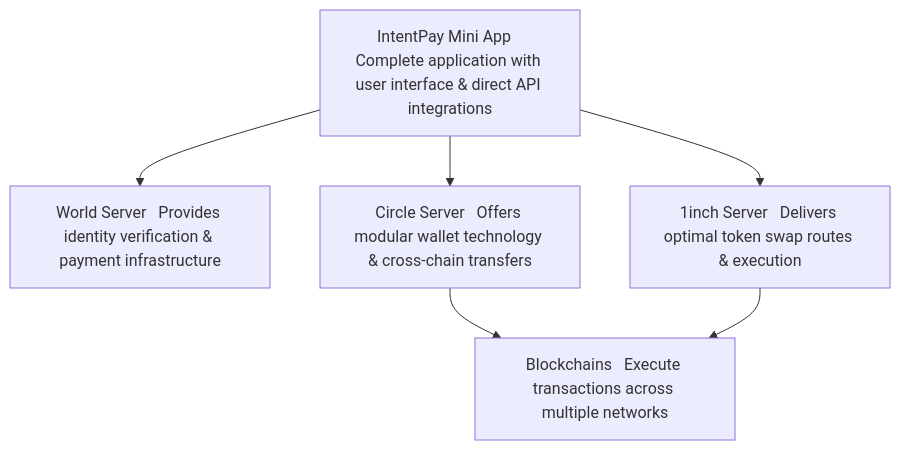
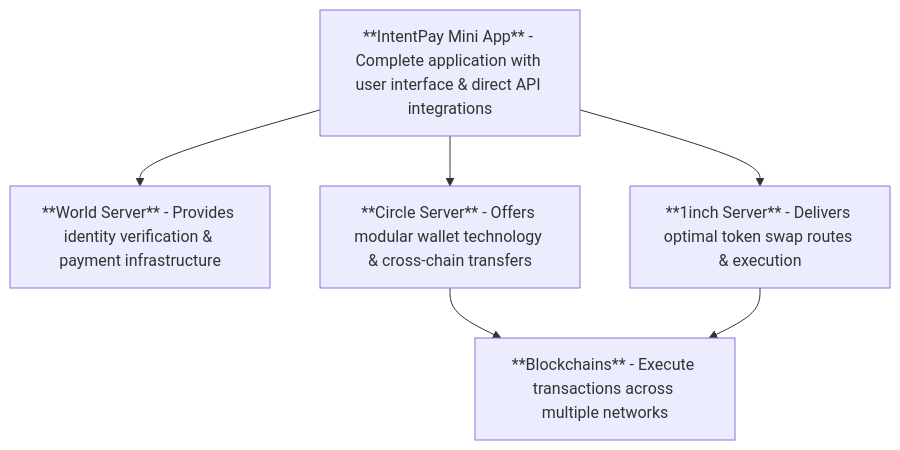
Before and after one commit to IntentPay/intent-pay: the diagram in readme.md, drawn with Mermaid. The commit also changed other lines of this file, not shown here.

````diff
--- a/readme.md
+++ b/readme.md
@@ -71,15 +84,15 @@
 ```mermaid
 flowchart TD
-    IntentPay[IntentPay Mini App   Complete application with user interface & direct API integrations]
-    
-    World[World Server   Provides identity verification & payment infrastructure]
-    Circle[Circle Server   Offers modular wallet technology & cross-chain transfers]
-    OneInch[1inch Server   Delivers optimal token swap routes & execution]
-    Blockchain[Blockchains   Execute transactions across multiple networks]
-    
+    IntentPay[**IntentPay Mini App** - Complete application with user interface & direct API integrations]
+
+    World[**World Server** - Provides identity verification & payment infrastructure]
+    Circle[**Circle Server** - Offers modular wallet technology & cross-chain transfers]
+    OneInch[**1inch Server** - Delivers optimal token swap routes & execution]
+    Blockchain[**Blockchains** - Execute transactions across multiple networks]
+
     IntentPay --> World
     IntentPay --> Circle
     IntentPay --> OneInch
     Circle --> Blockchain
     OneInch --> Blockchain
 ```
````
